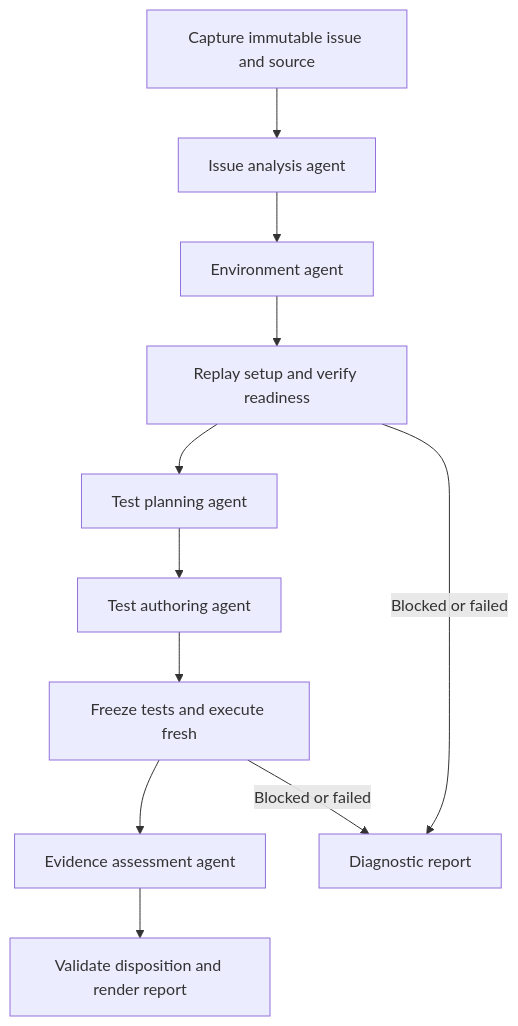
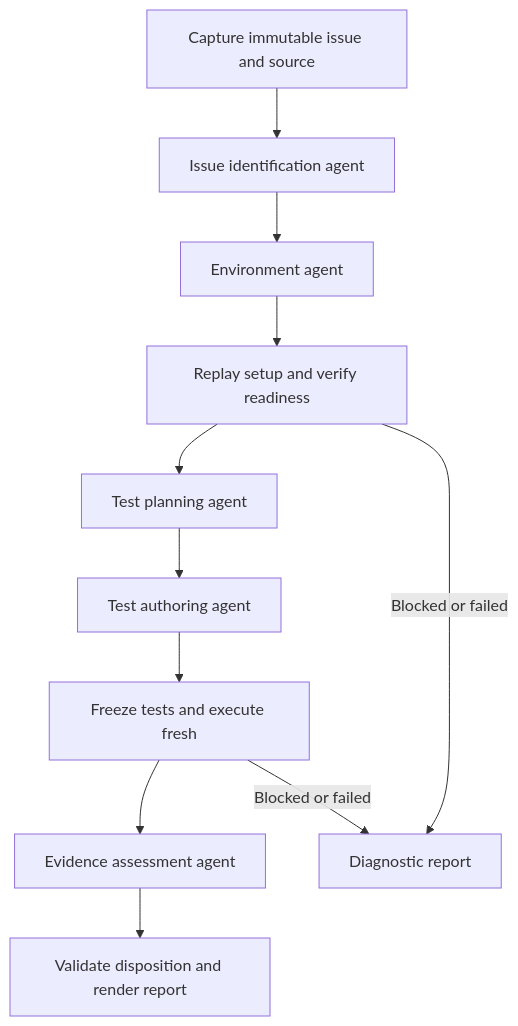
The diagram in docs/architecture.md (X-McKay/corsair), drawn with Mermaid before and after one commit. The commit also changed other lines of this file and 22 other files, not shown here.

Commit message:
Narrow issue identification to grounded source selection

````diff
--- a/docs/architecture.md
+++ b/docs/architecture.md
@@ -7,13 +7,13 @@
 ```mermaid
 flowchart TD
-    A[Capture immutable issue and source] --> B[Issue analysis agent]
+    A[Capture immutable issue and source] --> B[Issue identification agent]
     B --> C[Environment agent]
     C --> D[Replay setup and verify readiness]
     D --> E[Test planning agent]
     E --> F[Test authoring agent]
     F --> G[Freeze tests and execute fresh]
     G --> H[Evidence assessment agent]
     H --> I[Validate disposition and render report]
     D -->|Blocked or failed| J[Diagnostic report]
     G -->|Blocked or failed| J
 ```
````
